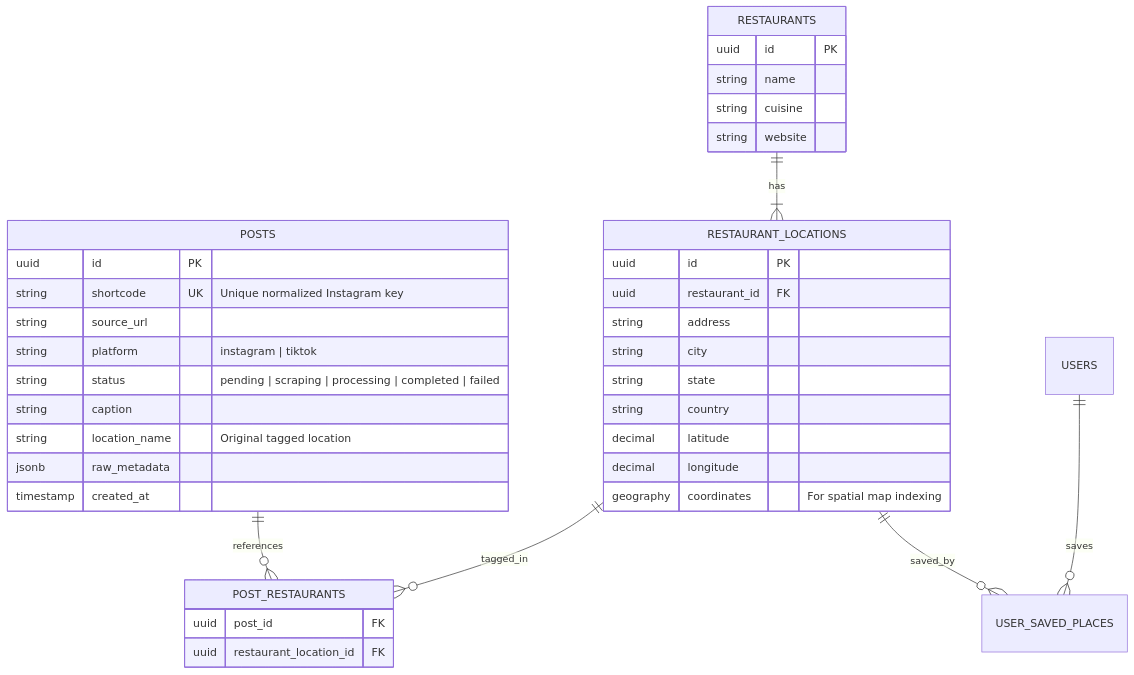
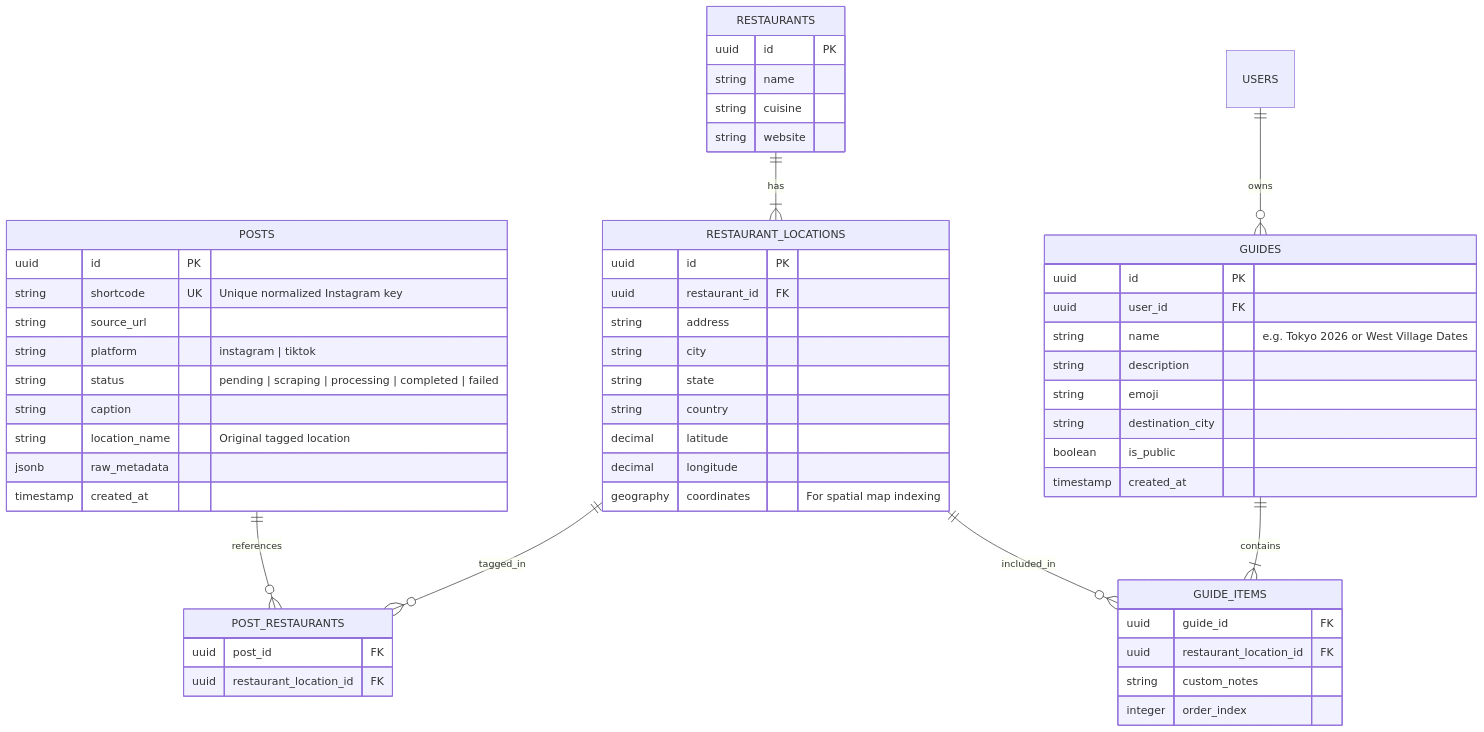
One commit to ledkhoa/crumbs changed the diagram in docs/architecture_design.md. Above: the diagram before and after it, drawn with Mermaid. The commit also changed 6 other files, not shown here.

````diff
--- a/docs/architecture_design.md
+++ b/docs/architecture_design.md
@@ -11,44 +11,63 @@
 ```mermaid
 erDiagram
     POSTS ||--o{ POST_RESTAURANTS : references
     RESTAURANTS ||--|{ RESTAURANT_LOCATIONS : has
     RESTAURANT_LOCATIONS ||--o{ POST_RESTAURANTS : tagged_in
-    RESTAURANT_LOCATIONS ||--o{ USER_SAVED_PLACES : saved_by
-    USERS ||--o{ USER_SAVED_PLACES : saves
+    RESTAURANT_LOCATIONS ||--o{ GUIDE_ITEMS : included_in
+    GUIDES ||--|{ GUIDE_ITEMS : contains
+    USERS ||--o{ GUIDES : owns
     
     POSTS {
         uuid id PK
         string shortcode UK "Unique normalized Instagram key"
         string source_url
         string platform "instagram | tiktok"
         string status "pending | scraping | processing | completed | failed"
         string caption
         string location_name "Original tagged location"
         jsonb raw_metadata
         timestamp created_at
     }
 
     RESTAURANTS {
         uuid id PK
         string name
         string cuisine
         string website
     }
 
     RESTAURANT_LOCATIONS {
         uuid id PK
         uuid restaurant_id FK
         string address
         string city
         string state
         string country
         decimal latitude
         decimal longitude
         geography coordinates "For spatial map indexing"
     }
 
     POST_RESTAURANTS {
         uuid post_id FK
         uuid restaurant_location_id FK
     }
+
+    GUIDES {
+        uuid id PK
+        uuid user_id FK
+        string name "e.g. Tokyo 2026 or West Village Dates"
+        string description
+        string emoji
+        string destination_city
+        boolean is_public
+        timestamp created_at
+    }
+
+    GUIDE_ITEMS {
+        uuid guide_id FK
+        uuid restaurant_location_id FK
+        string custom_notes
+        integer order_index
+    }
 ```
````
